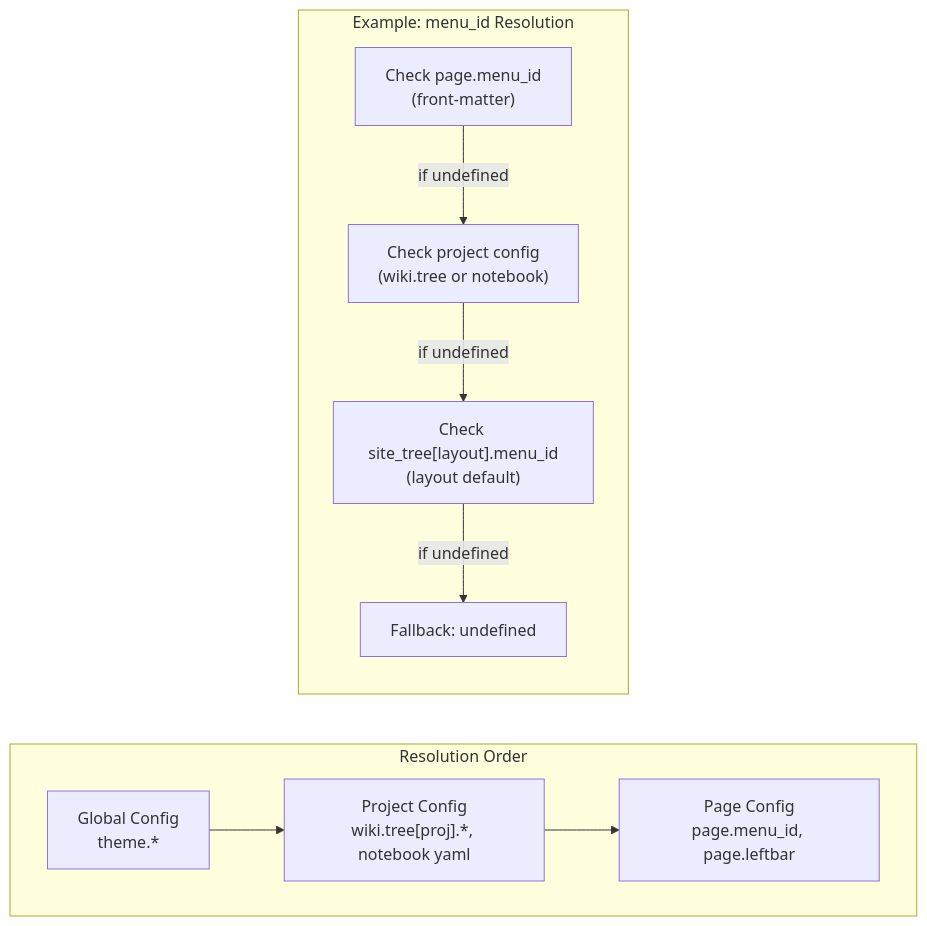
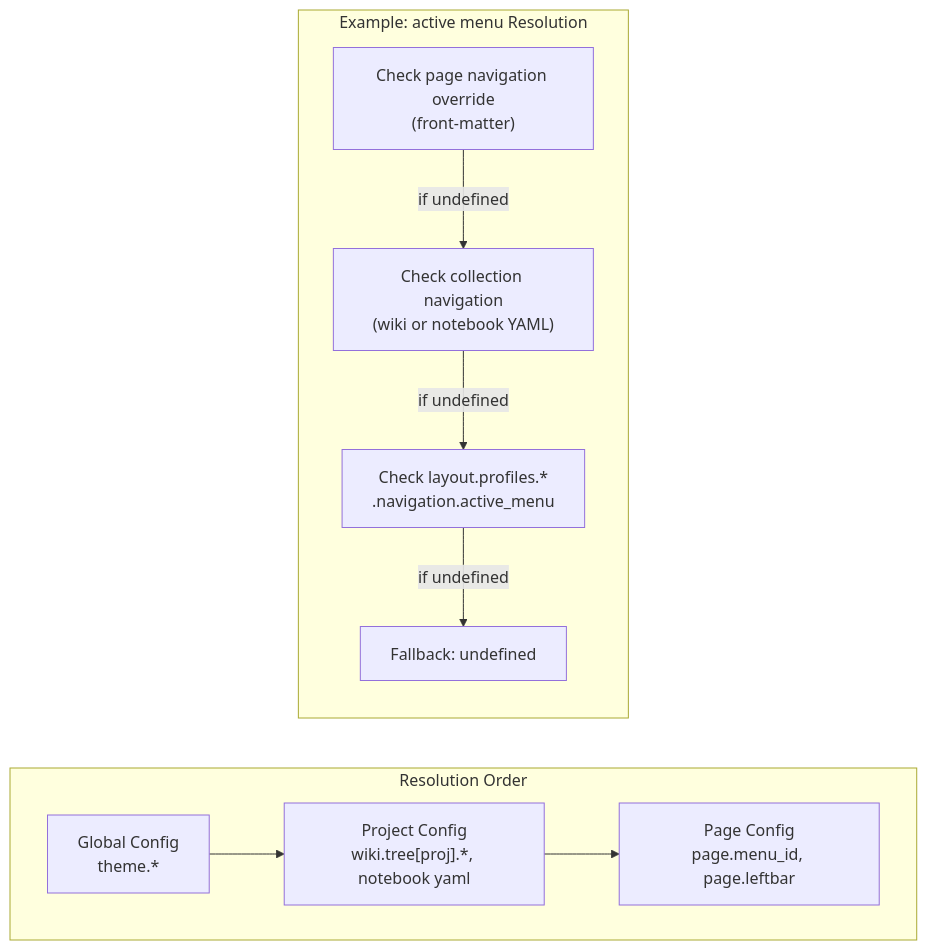
One commit to xaoxuu/hexo-theme-stellar changed the second of 4 diagrams in docs/knowledge/00-总览与安装配置/configuration.md. Above: the diagram before and after it, drawn with Mermaid. The commit also changed other lines of this file and 60 other files, not shown here.

````diff
--- a/docs/knowledge/00-总览与安装配置/configuration.md
+++ b/docs/knowledge/00-总览与安装配置/configuration.md
@@ -136,24 +136,24 @@
 ```mermaid
 graph LR
     subgraph "Resolution Order"
         direction LR
         GLOBAL["Global Config<br/>theme.*"]
         PROJECT["Project Config<br/>wiki.tree[proj].*, notebook yaml"]
         PAGE["Page Config<br/>page.menu_id, page.leftbar"]
     end
     
-    subgraph "Example: menu_id Resolution"
+    subgraph "Example: active menu Resolution"
         direction TB
-        CHECK1["Check page.menu_id<br/>(front-matter)"]
-        CHECK2["Check project config<br/>(wiki.tree or notebook)"]
-        CHECK3["Check site_tree[layout].menu_id<br/>(layout default)"]
+        CHECK1["Check page navigation override<br/>(front-matter)"]
+        CHECK2["Check collection navigation<br/>(wiki or notebook YAML)"]
+        CHECK3["Check layout.profiles.*<br/>.navigation.active_menu"]
         FALLBACK["Fallback: undefined"]
     end
     
     GLOBAL --> PROJECT
     PROJECT --> PAGE
     
     CHECK1 -->|"if undefined"| CHECK2
     CHECK2 -->|"if undefined"| CHECK3
     CHECK3 -->|"if undefined"| FALLBACK
 ```
````
